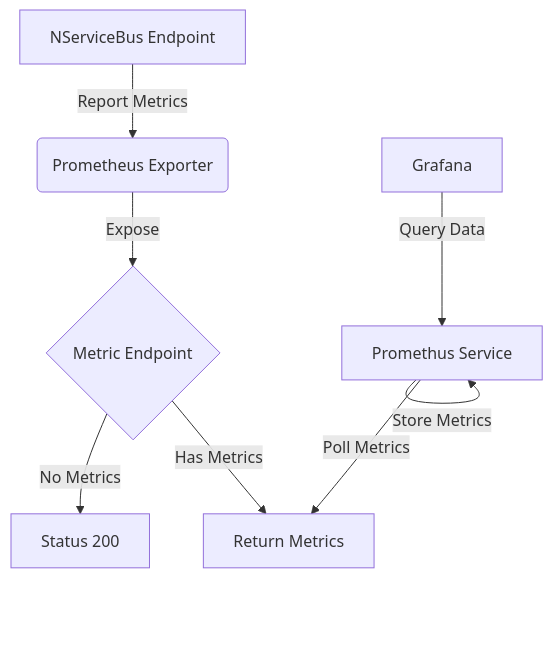
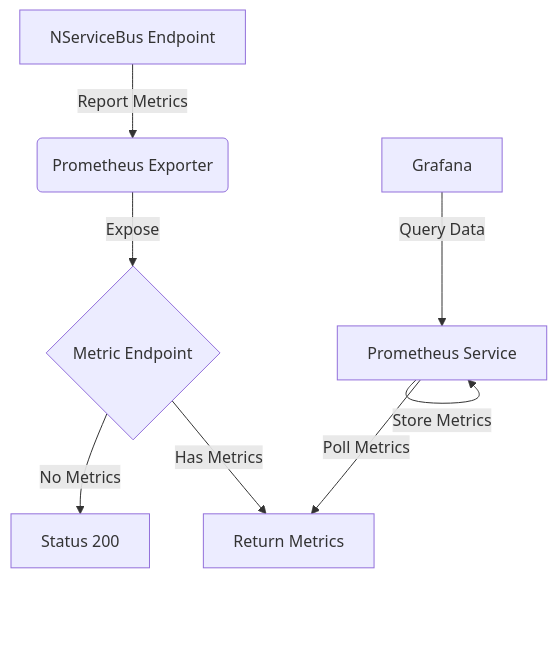
One commit to Particular/docs.particular.net changed the diagram in samples/open-telemetry/prometheus-grafana/sample.md. Above: the diagram before and after it, drawn with Mermaid. The commit also changed other lines of this file, not shown here.

First line of the commit message:
samples/open-telemetry/prometheus-grafana/sample.md changes

````diff
--- a/samples/open-telemetry/prometheus-grafana/sample.md
+++ b/samples/open-telemetry/prometheus-grafana/sample.md
@@ -98,10 +98,10 @@
 ```mermaid
 graph TD
     A[NServiceBus Endpoint] -->|Report Metrics| B(Prometheus Exporter)
     B -->|Expose| C{Metric Endpoint}
     C -->|No Metrics| D[Status 200]
     C -->|Has Metrics| E[Return Metrics]
-    F[Promethus Service] --> |Poll Metrics| E
+    F[Prometheus Service] --> |Poll Metrics| E
     F --> |Store Metrics| F
     G[Grafana] --> |Query Data| F
 ```
````
